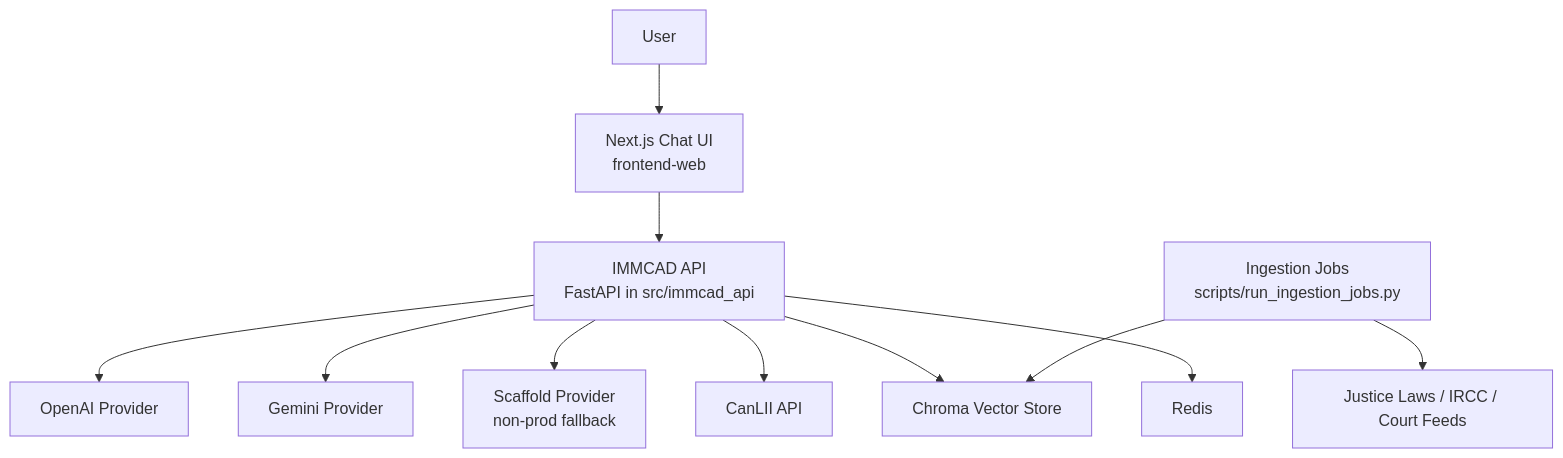
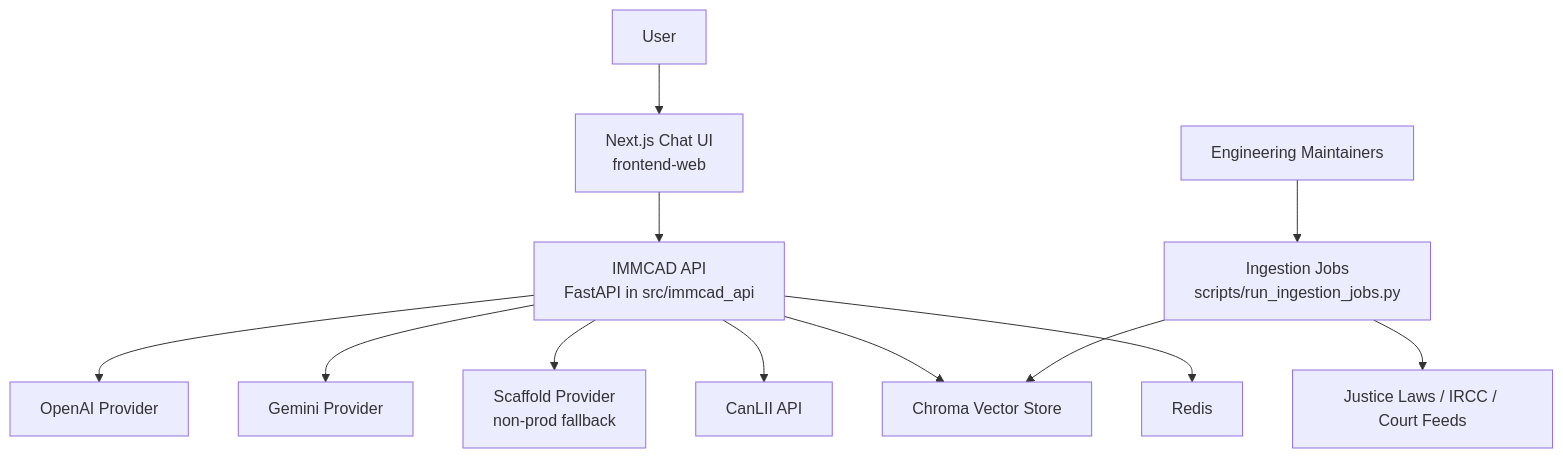
One commit to anamanlab/lawglance changed the diagram in docs/architecture/01-system-context.md. Above: the diagram before and after it, drawn with Mermaid. The commit also changed 14 other files, not shown here.

Commit message:
docs(architecture): align arc42, ADRs, and readiness plans

````diff
--- a/docs/architecture/01-system-context.md
+++ b/docs/architecture/01-system-context.md
@@ -53,16 +53,17 @@
 ```mermaid
 graph TD
-    USER[User] --> FE[Next.js Chat UI\nfrontend-web]
-    FE --> API[IMMCAD API\nFastAPI in src/immcad_api]
+    USER[User] --> FE[Next.js Chat UI<br>frontend-web]
+    FE --> API[IMMCAD API<br>FastAPI in src/immcad_api]
 
     API --> OAI[OpenAI Provider]
     API --> GEM[Gemini Provider]
-    API --> SCAF[Scaffold Provider\nnon-prod fallback]
+    API --> SCAF[Scaffold Provider<br>non-prod fallback]
 
     API --> CANLII[CanLII API]
     API --> VEC[Chroma Vector Store]
     API --> REDIS[Redis]
 
-    ING[Ingestion Jobs\nscripts/run_ingestion_jobs.py] --> SRC[Justice Laws / IRCC / Court Feeds]
+    ENGINEERING[Engineering Maintainers] --> ING[Ingestion Jobs<br>scripts/run_ingestion_jobs.py]
+    ING --> SRC[Justice Laws / IRCC / Court Feeds]
     ING --> VEC
 ```
````
